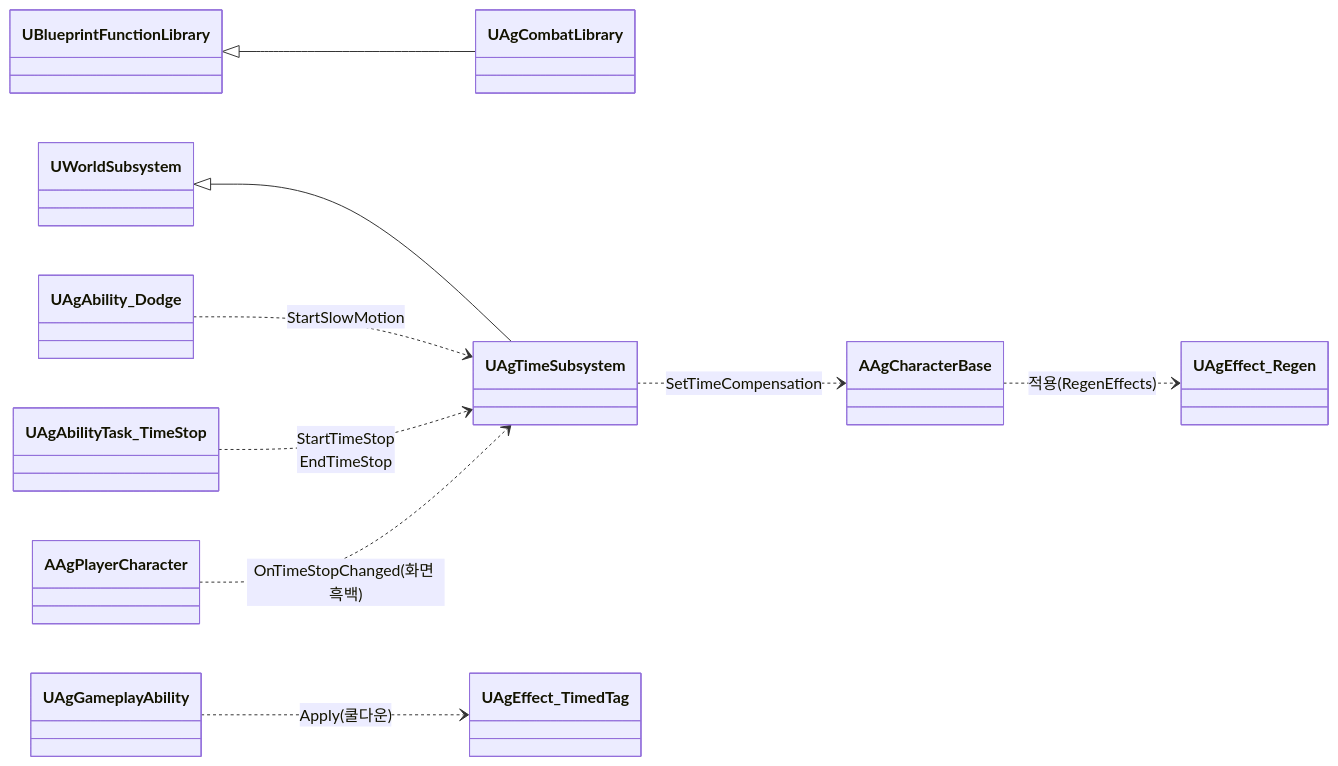
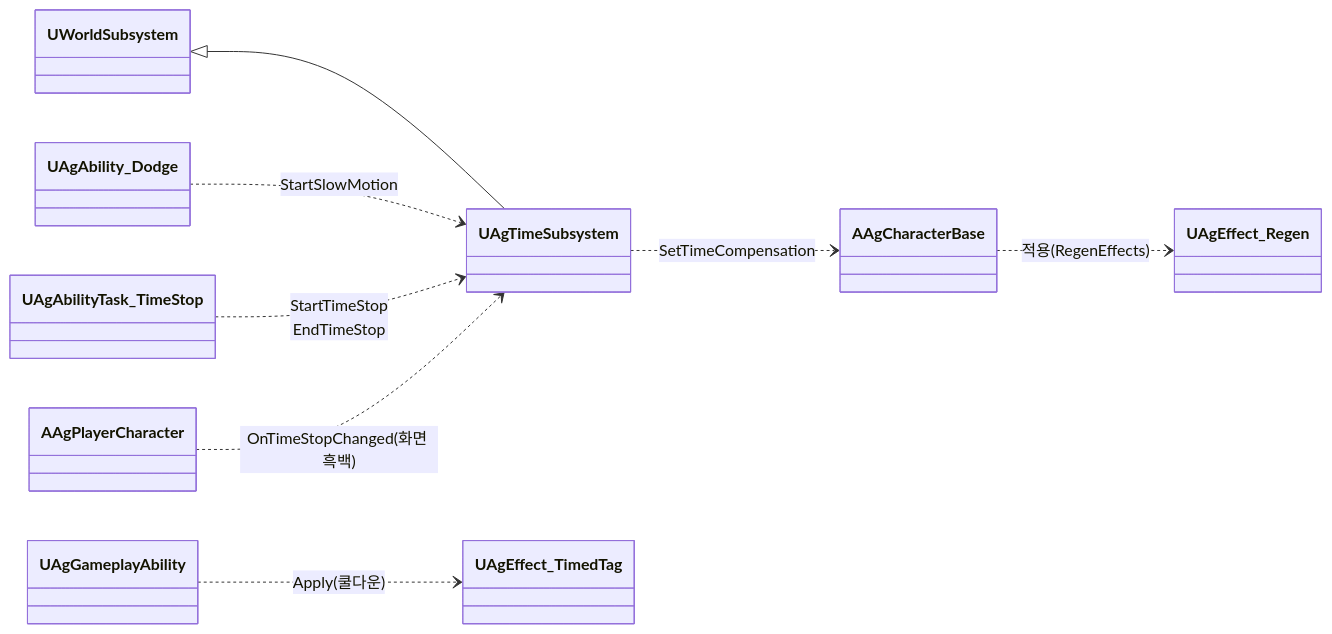
The first of 2 diagrams in Docs/Program/전투 규칙.md (Woogl/Ag), drawn with Mermaid before and after one commit. The commit also changed other lines of this file and 27 other files, not shown here.

Commit message:
구현: 프로젝트 헬퍼를 엔진 함수로 바꾸고 UAgCombatLibrary 삭제

````diff
--- a/Docs/Program/전투 규칙.md
+++ b/Docs/Program/전투 규칙.md
@@ -31,13 +30,12 @@
 ```mermaid
 classDiagram
     direction LR
-    UBlueprintFunctionLibrary <|-- UAgCombatLibrary
     UWorldSubsystem <|-- UAgTimeSubsystem
 
     AAgCharacterBase ..> UAgEffect_Regen : 적용(RegenEffects)
     UAgGameplayAbility ..> UAgEffect_TimedTag : Apply(쿨다운)
     UAgAbility_Dodge ..> UAgTimeSubsystem : StartSlowMotion
     UAgAbilityTask_TimeStop ..> UAgTimeSubsystem : StartTimeStop<br>EndTimeStop
     UAgTimeSubsystem ..> AAgCharacterBase : SetTimeCompensation
     AAgPlayerCharacter ..> UAgTimeSubsystem : OnTimeStopChanged(화면 흑백)
 ```
````
